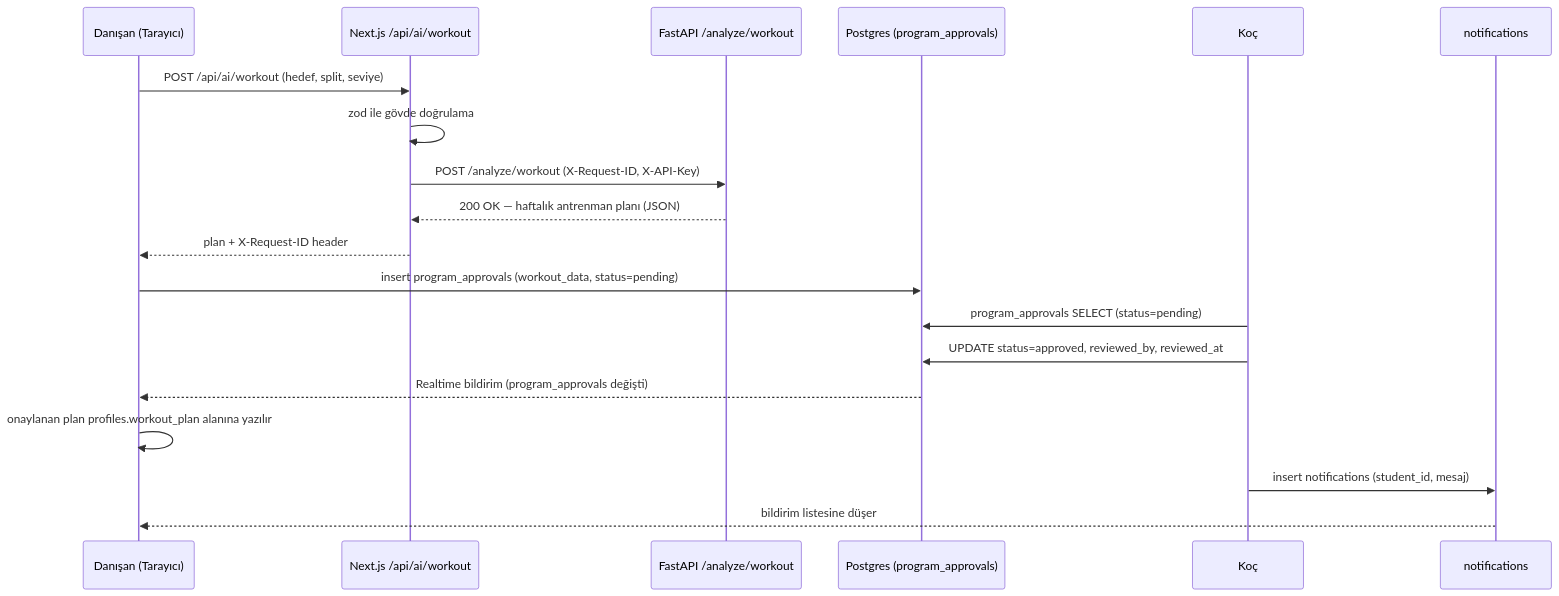
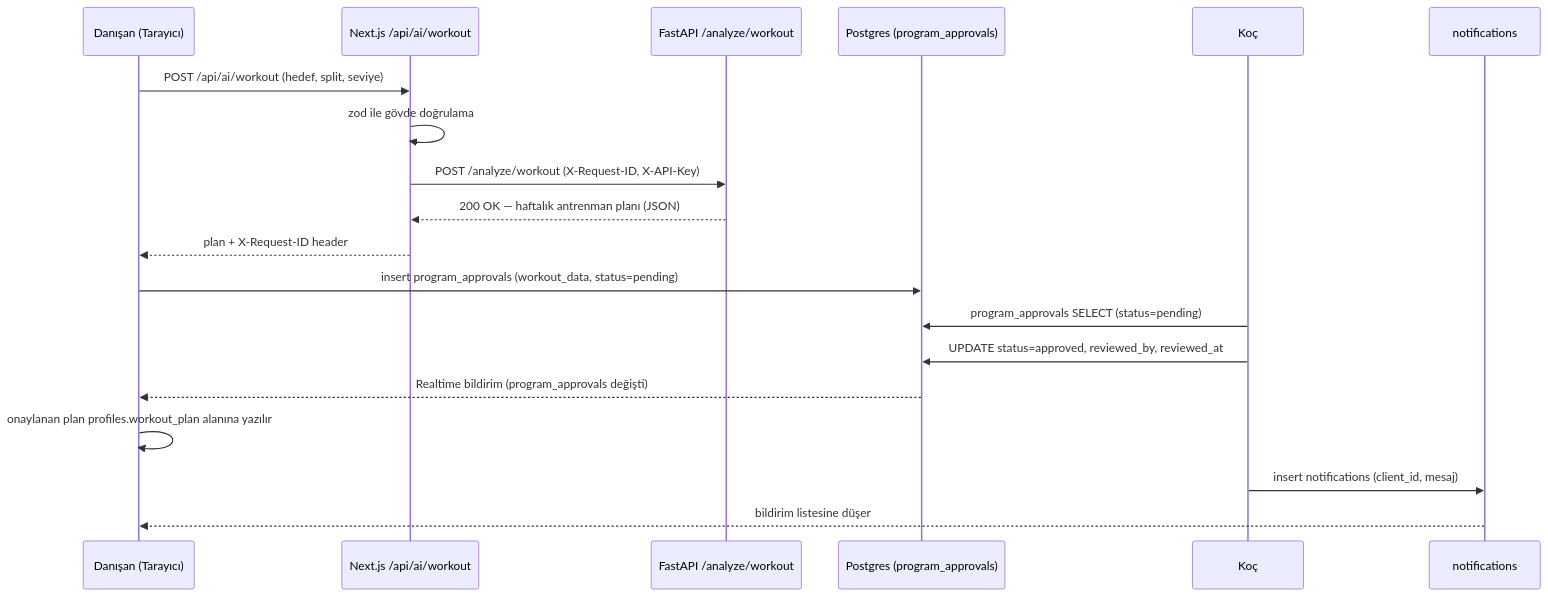
The second of 2 diagrams in README.md (ayberkaarda/Online-Coaching-AppV2), drawn with Mermaid before and after one commit. The commit also changed other lines of this file and 63 other files, not shown here.

````diff
--- a/README.md
+++ b/README.md
@@ -93,22 +93,22 @@
 ```mermaid
 sequenceDiagram
   participant D as Danışan (Tarayıcı)
   participant N as Next.js /api/ai/workout
   participant F as FastAPI /analyze/workout
   participant P as Postgres (program_approvals)
   participant K as Koç
   participant Not as notifications
 
   D->>N: POST /api/ai/workout (hedef, split, seviye)
   N->>N: zod ile gövde doğrulama
   N->>F: POST /analyze/workout (X-Request-ID, X-API-Key)
   F-->>N: 200 OK — haftalık antrenman planı (JSON)
   N-->>D: plan + X-Request-ID header
   D->>P: insert program_approvals (workout_data, status=pending)
   K->>P: program_approvals SELECT (status=pending)
   K->>P: UPDATE status=approved, reviewed_by, reviewed_at
   P-->>D: Realtime bildirim (program_approvals değişti)
   D->>D: onaylanan plan profiles.workout_plan alanına yazılır
-  K->>Not: insert notifications (student_id, mesaj)
+  K->>Not: insert notifications (client_id, mesaj)
   Not-->>D: bildirim listesine düşer
 ```
````
